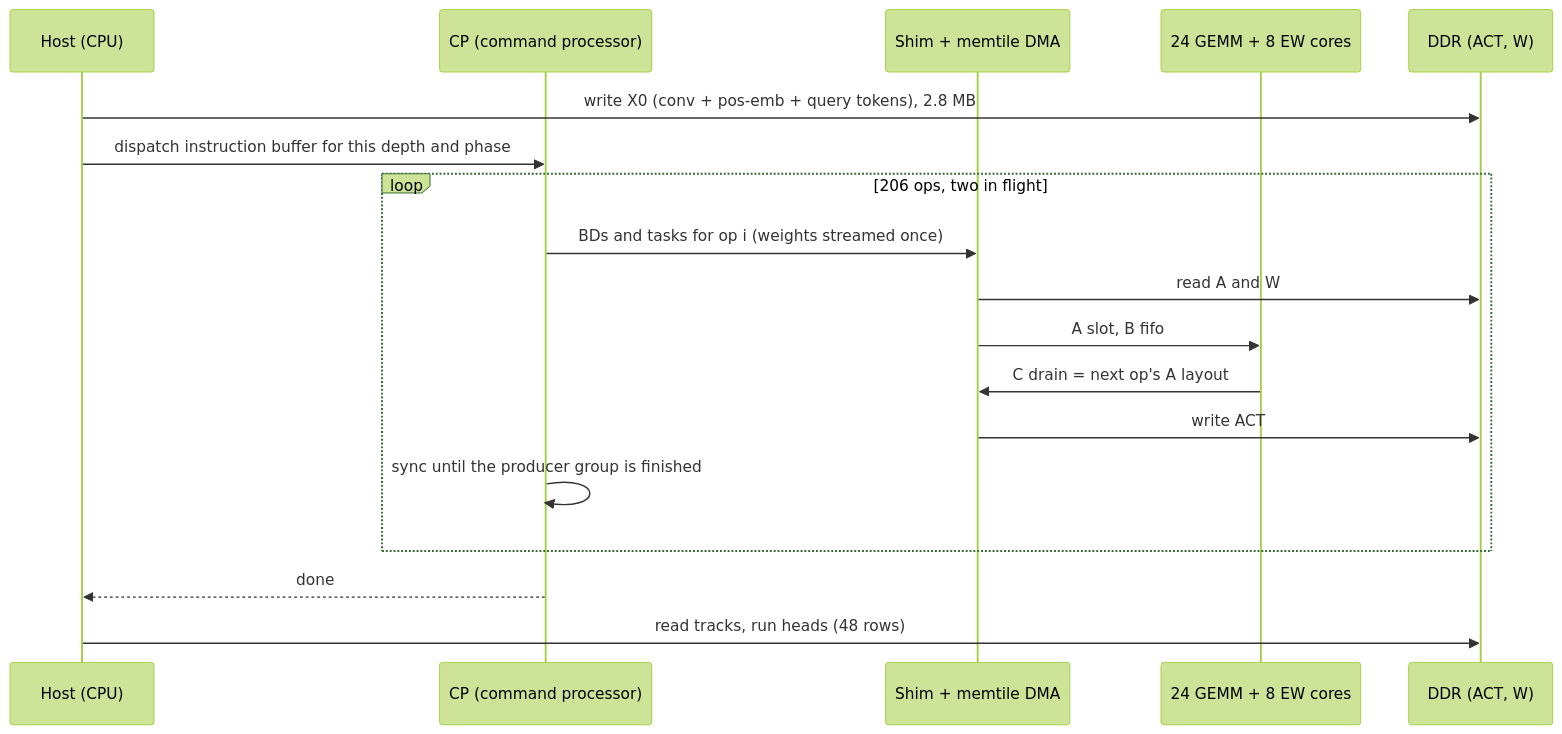
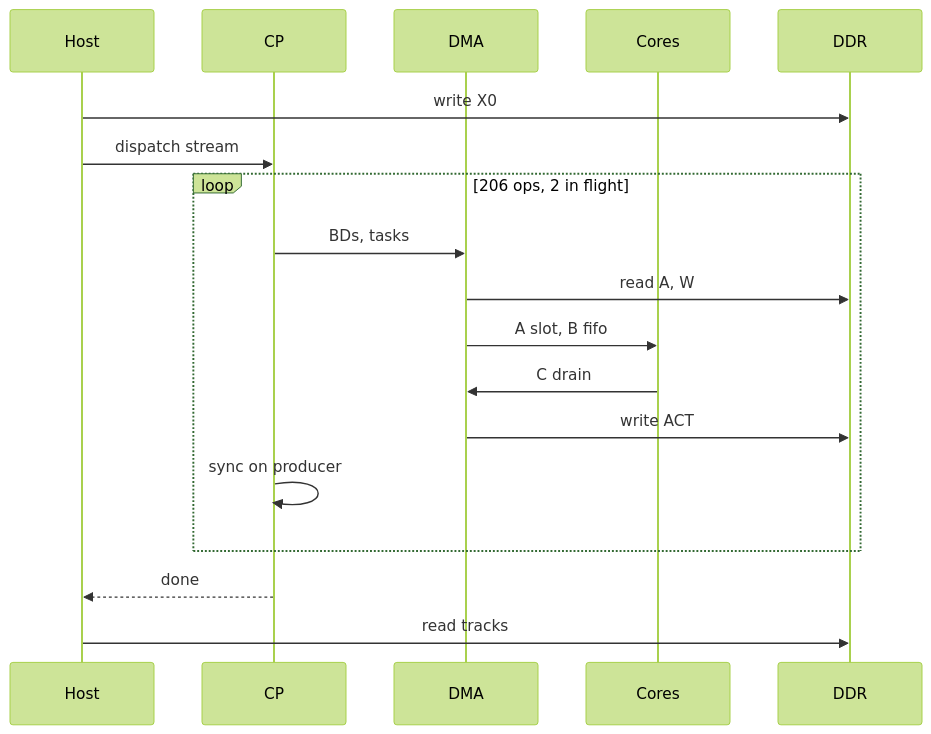
Before and after one commit to Guppy16/strix-halo-maxx: the second of 3 diagrams in tapnext/book/step-design.md, drawn with Mermaid (forest theme). The commit also changed other lines of this file, not shown here.

````diff
--- a/tapnext/book/step-design.md
+++ b/tapnext/book/step-design.md
@@ -166,20 +176,20 @@
 ```mermaid
 sequenceDiagram
-    participant H as Host (CPU)
-    participant C as CP (command processor)
-    participant S as Shim + memtile DMA
-    participant K as 24 GEMM + 8 EW cores
-    participant D as DDR (ACT, W)
-    H->>D: write X0 (conv + pos-emb + query tokens), 2.8 MB
-    H->>C: dispatch instruction buffer for this depth and phase
-    loop 206 ops, two in flight
-        C->>S: BDs and tasks for op i (weights streamed once)
-        S->>D: read A and W
-        S->>K: A slot, B fifo
-        K->>S: C drain = next op's A layout
-        S->>D: write ACT
-        C->>C: sync until the producer group is finished
+    participant Host
+    participant CP
+    participant DMA
+    participant Cores
+    participant DDR
+    Host->>DDR: write X0
+    Host->>CP: dispatch stream
+    loop 206 ops, 2 in flight
+        CP->>DMA: BDs, tasks
+        DMA->>DDR: read A, W
+        DMA->>Cores: A slot, B fifo
+        Cores->>DMA: C drain
+        DMA->>DDR: write ACT
+        CP->>CP: sync on producer
     end
-    C-->>H: done
-    H->>D: read tracks, run heads (48 rows)
+    CP-->>Host: done
+    Host->>DDR: read tracks
 ```
````
